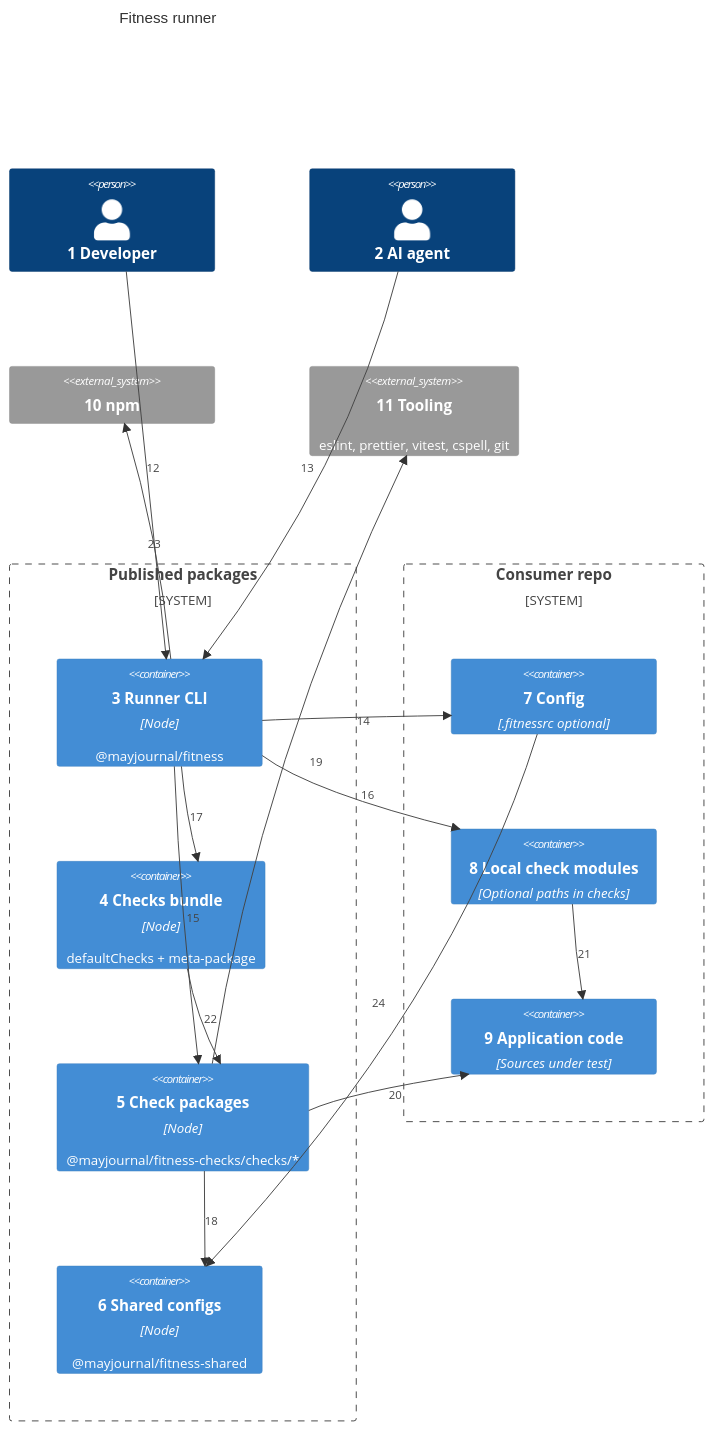
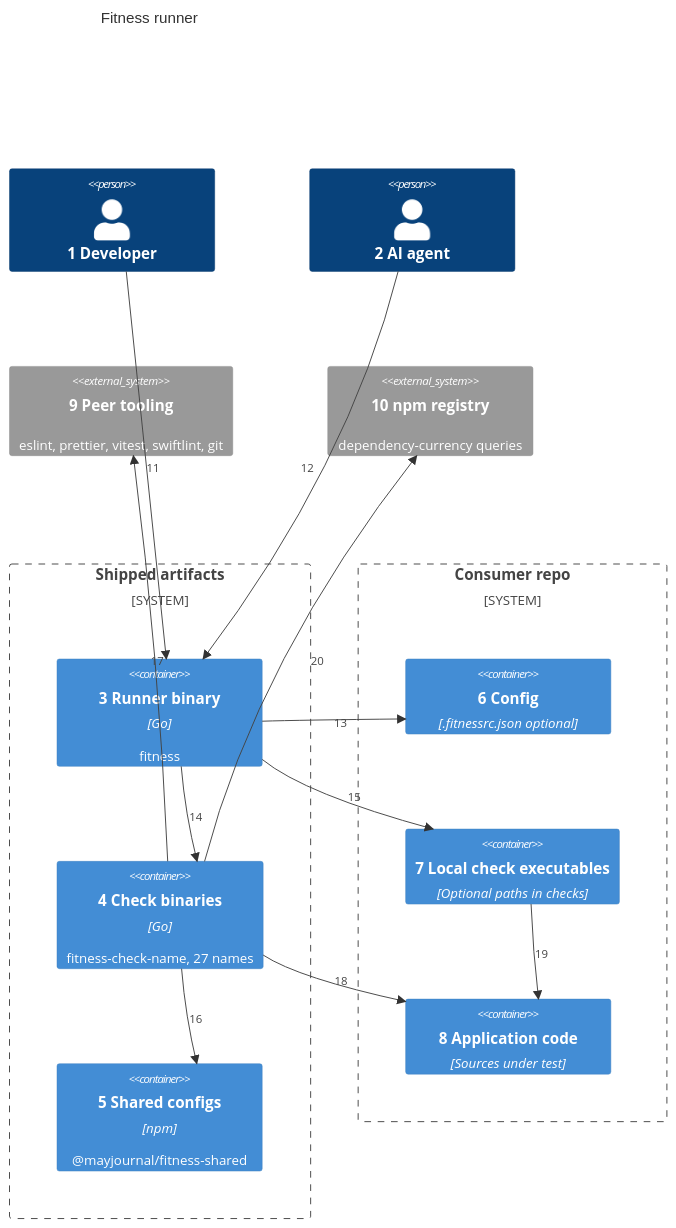
Before and after one commit to may-journal/fitness-runner: the first of 2 diagrams in architecture/02-containers.md, drawn with Mermaid. The commit also changed other lines of this file and 259 other files, not shown here.

````diff
--- a/architecture/02-containers.md
+++ b/architecture/02-containers.md
@@ -7,37 +7,33 @@
 ```mermaid
 C4Container
     title Fitness runner
 
     Person(developer, "1 Developer")
     Person(agent, "2 AI agent")
 
-    System_Boundary(publish, "Published packages") {
-        Container(cli, "3 Runner CLI", "Node", "@mayjournal/fitness")
-        Container(bundle, "4 Checks bundle", "Node", "defaultChecks + meta-package")
-        Container(checks, "5 Check packages", "Node", "@mayjournal/fitness-checks/checks/*")
-        Container(shared, "6 Shared configs", "Node", "@mayjournal/fitness-shared")
+    System_Boundary(ship, "Shipped artifacts") {
+        Container(cli, "3 Runner binary", "Go", "fitness")
+        Container(checks, "4 Check binaries", "Go", "fitness-check-name, 27 names")
+        Container(shared, "5 Shared configs", "npm", "@mayjournal/fitness-shared")
     }
 
     System_Boundary(consumer, "Consumer repo") {
-        Container(rc, "7 Config", ".fitnessrc optional")
-        Container(localChecks, "8 Local check modules", "Optional paths in checks")
-        Container(code, "9 Application code", "Sources under test")
+        Container(rc, "6 Config", ".fitnessrc.json optional")
+        Container(localChecks, "7 Local check executables", "Optional paths in checks")
+        Container(code, "8 Application code", "Sources under test")
     }
 
-    System_Ext(npm, "10 npm")
-    System_Ext(tools, "11 Tooling", "eslint, prettier, vitest, cspell, git")
+    System_Ext(tools, "9 Peer tooling", "eslint, prettier, vitest, swiftlint, git")
+    System_Ext(registry, "10 npm registry", "dependency-currency queries")
 
-    Rel(developer, cli, "12")
-    Rel(agent, cli, "13")
-    Rel(cli, rc, "14")
-    Rel(cli, checks, "15")
-    Rel(cli, localChecks, "16")
-    Rel(cli, bundle, "17")
-    Rel(checks, shared, "18")
-    Rel(checks, tools, "19")
-    Rel(checks, code, "20")
-    Rel(localChecks, code, "21")
-    Rel(bundle, checks, "22")
-    Rel(cli, npm, "23")
-    Rel(rc, shared, "24")
+    Rel(developer, cli, "11")
+    Rel(agent, cli, "12")
+    Rel(cli, rc, "13")
+    Rel(cli, checks, "14")
+    Rel(cli, localChecks, "15")
+    Rel(checks, shared, "16")
+    Rel(checks, tools, "17")
+    Rel(checks, code, "18")
+    Rel(localChecks, code, "19")
+    Rel(checks, registry, "20")
 ```
````
